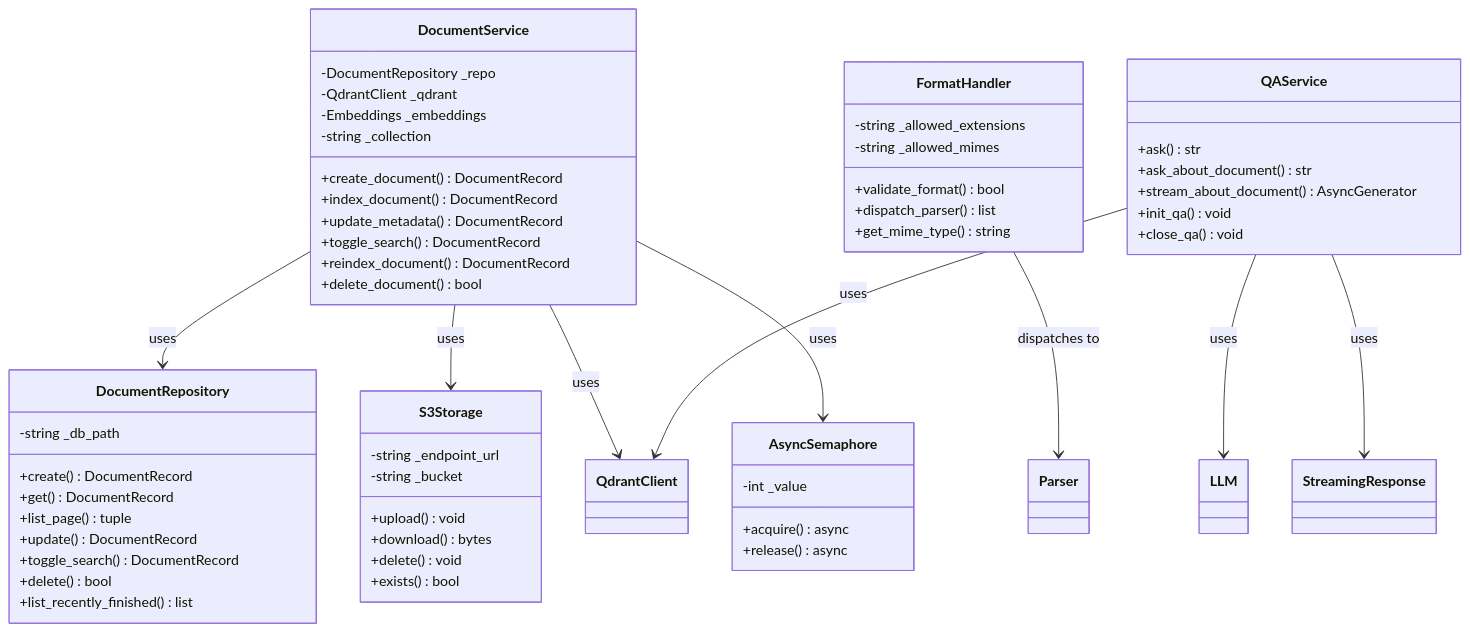
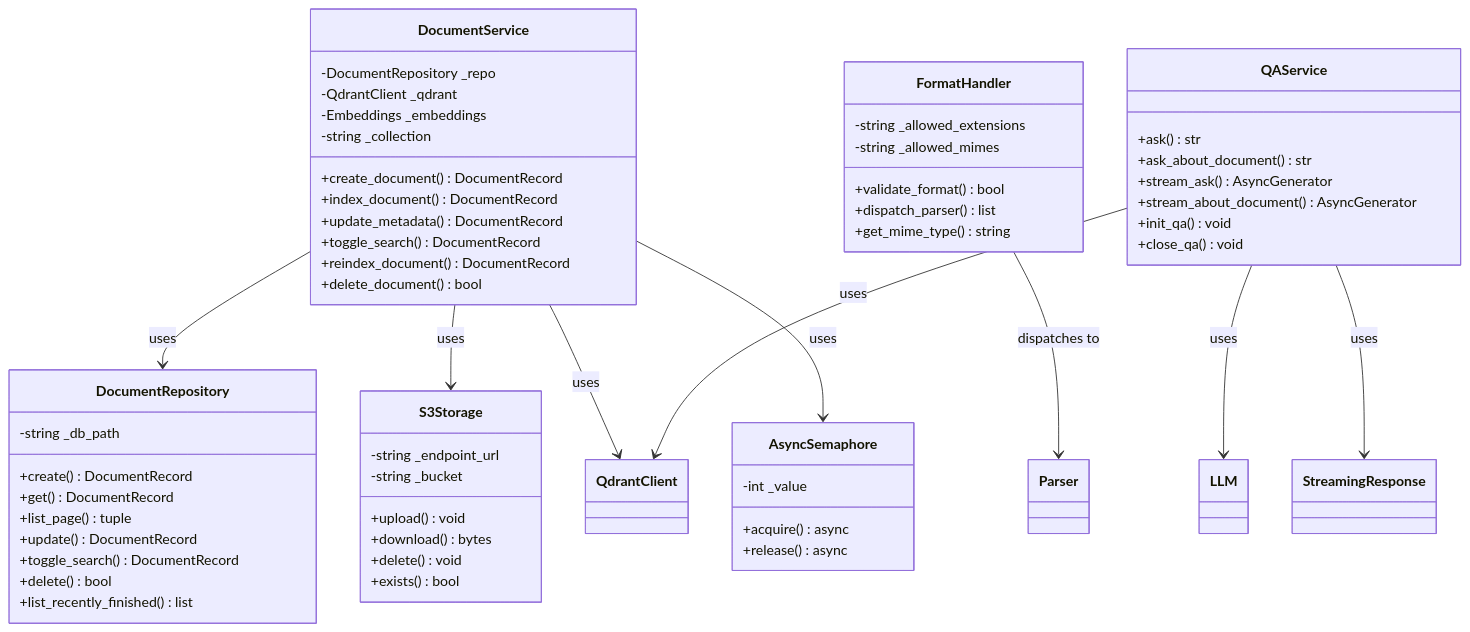
The third of 26 diagrams in .qoder/repowiki/en/content/Document Management System.md (ognelis/cafetera_hr_bot), drawn with Mermaid before and after one commit. The commit also changed other lines of this file and 29 other files, not shown here.

````diff
--- a/.qoder/repowiki/en/content/Document Management System.md
+++ b/.qoder/repowiki/en/content/Document Management System.md
@@ -245,60 +258,61 @@
 ```mermaid
 classDiagram
 class DocumentService {
 -DocumentRepository _repo
 -QdrantClient _qdrant
 -Embeddings _embeddings
 -string _collection
 +create_document() DocumentRecord
 +index_document() DocumentRecord
 +update_metadata() DocumentRecord
 +toggle_search() DocumentRecord
 +reindex_document() DocumentRecord
 +delete_document() bool
 }
 class DocumentRepository {
 -string _db_path
 +create() DocumentRecord
 +get() DocumentRecord
 +list_page() tuple
 +update() DocumentRecord
 +toggle_search() DocumentRecord
 +delete() bool
 +list_recently_finished() list
 }
 class S3Storage {
 -string _endpoint_url
 -string _bucket
 +upload() void
 +download() bytes
 +delete() void
 +exists() bool
 }
 class FormatHandler {
 -string _allowed_extensions
 -string _allowed_mimes
 +validate_format() bool
 +dispatch_parser() list
 +get_mime_type() string
 }
 class AsyncSemaphore {
 -int _value
 +acquire() async
 +release() async
 }
 class QAService {
 +ask() str
 +ask_about_document() str
++stream_ask() AsyncGenerator
 +stream_about_document() AsyncGenerator
 +init_qa() void
 +close_qa() void
 }
 DocumentService --> DocumentRepository : uses
 DocumentService --> S3Storage : uses
 DocumentService --> QdrantClient : uses
 DocumentService --> AsyncSemaphore : uses
 FormatHandler --> Parser : dispatches to
 QAService --> QdrantClient : uses
 QAService --> LLM : uses
 QAService --> StreamingResponse : uses
 ```
````
